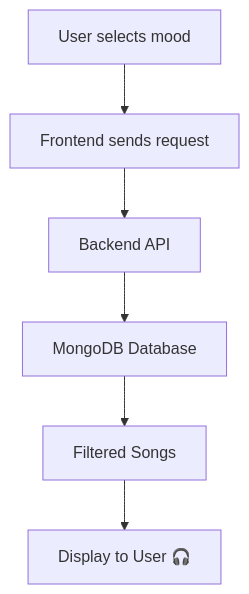
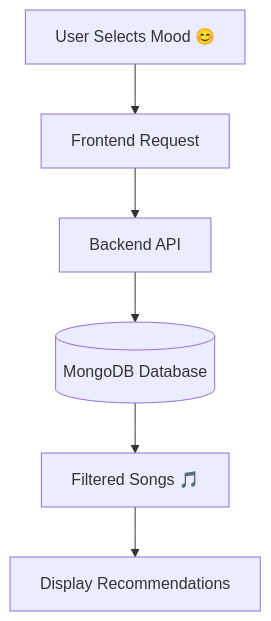
The diagram in README.md (Tanyav-rshney/Mood-based-music), drawn with Mermaid before and after one commit. The commit also changed other lines of this file, not shown here.

````diff
--- a/README.md
+++ b/README.md
@@ -108,8 +132,8 @@
 ```mermaid
 graph TD;
-A[User selects mood] --> B[Frontend sends request]
+A[User Selects Mood 😊] --> B[Frontend Request]
 B --> C[Backend API]
-C --> D[MongoDB Database]
-D --> E[Filtered Songs]
-E --> F[Display to User 🎧]
+C --> D[(MongoDB Database)]
+D --> E[Filtered Songs 🎵]
+E --> F[Display Recommendations]
 ```
````
